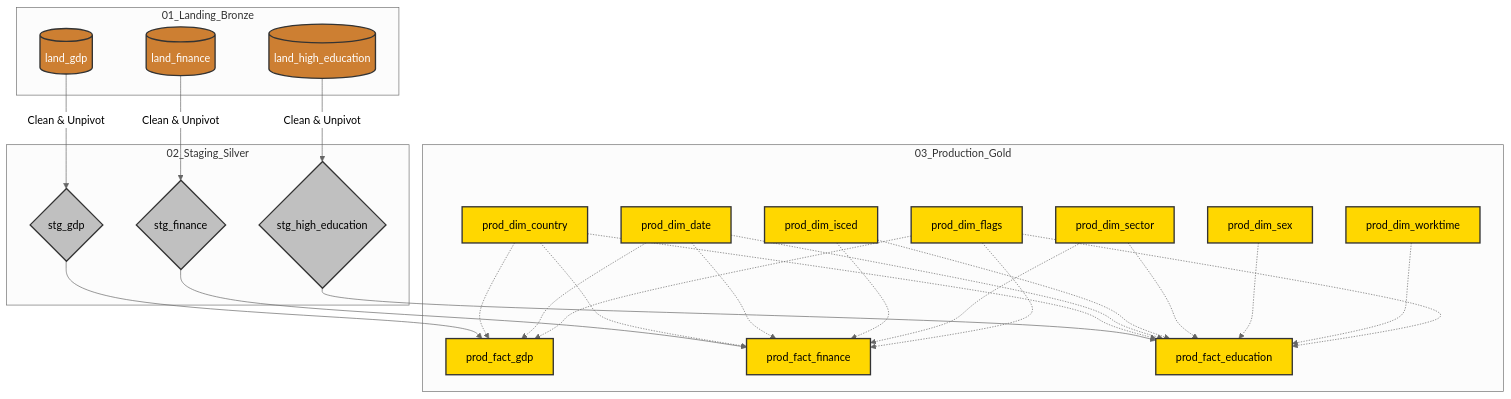
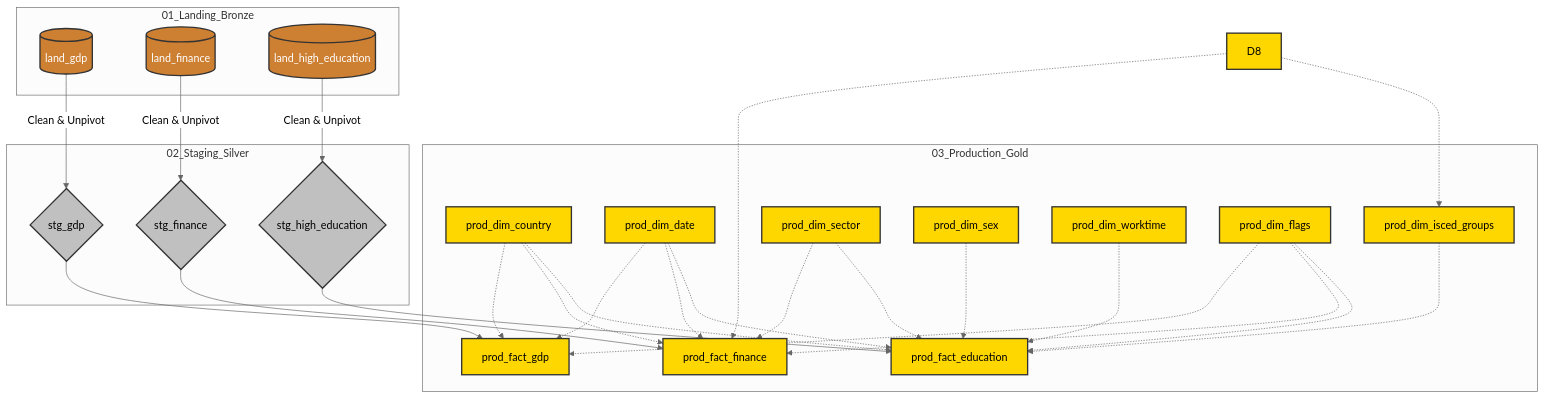
One commit to imre-kuklase/eurostat-education-economic-analysis changed the first of 2 diagrams in README.md. Above: the diagram before and after it, drawn with Mermaid (neutral theme).

````diff
--- a/README.md
+++ b/README.md
@@ -37,56 +37,58 @@
 ```mermaid
 graph TD
     %% Defineerime stiilid
     classDef bronze fill:#cd7f32,stroke:#333,stroke-width:2px,color:#fff;
     classDef silver fill:#c0c0c0,stroke:#333,stroke-width:2px,color:#000;
     classDef gold fill:#ffd700,stroke:#333,stroke-width:2px,color:#000;
 
     subgraph 01_Landing_Bronze
         L1[(land_gdp)]
         L2[(land_finance)]
         L3[(land_high_education)]
     end
 
     subgraph 02_Staging_Silver
         S1{stg_gdp}
         S2{stg_finance}
         S3{stg_high_education}
     end
 
     subgraph 03_Production_Gold
         F1[prod_fact_gdp]
         F2[prod_fact_finance]
         F3[prod_fact_education]
         
         D1[prod_dim_country]
         D2[prod_dim_date]
         D3[prod_dim_isced]
         D4[prod_dim_sector]
         D5[prod_dim_sex]
         D6[prod_dim_worktime]
         D7[prod_dim_flags]
+        D3[prod_dim_isced_groups]
     end
 
     %% Andmevoog (Lineage)
     L1 -->|Clean & Unpivot| S1
     L2 -->|Clean & Unpivot| S2
     L3 -->|Clean & Unpivot| S3
 
     S1 --> F1
     S2 --> F2
     S3 --> F3
 
     %% Seosed dimensioonidega
     D1 -.-> F1 & F2 & F3
     D2 -.-> F1 & F2 & F3
-    D3 -.-> F2 & F3
+    D3 -.-> F3
     D4 -.-> F2 & F3
     D5 -.-> F3
     D6 -.-> F3
     D7 -.-> F1 & F2 & F3
+    D8 -.-> F2 & D3
 
     %% Klasside määramine stiili jaoks
     class L1,L2,L3 bronze;
     class S1,S2,S3 silver;
-    class F1,F2,F3,D1,D2,D3,D4,D5,D6,D7 gold;
+    class F1,F2,F3,D1,D2,D3,D4,D5,D6,D7,D8 gold;
 ```
````
